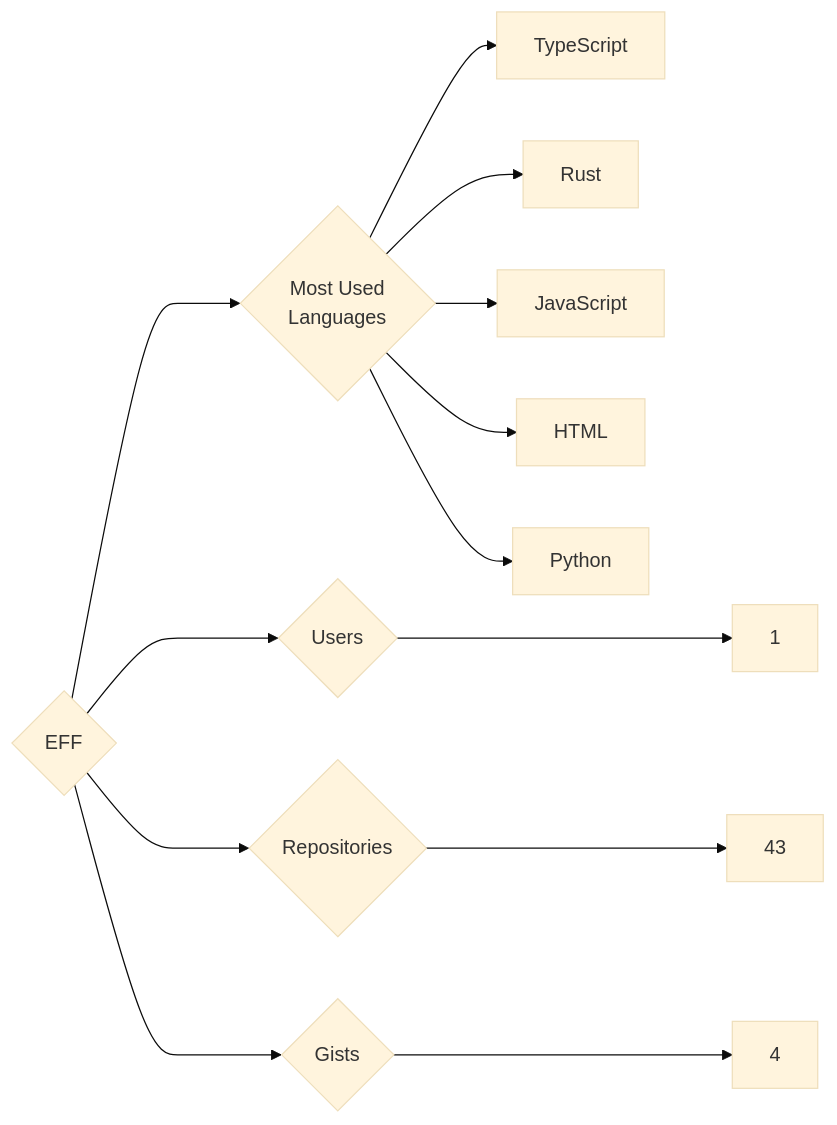
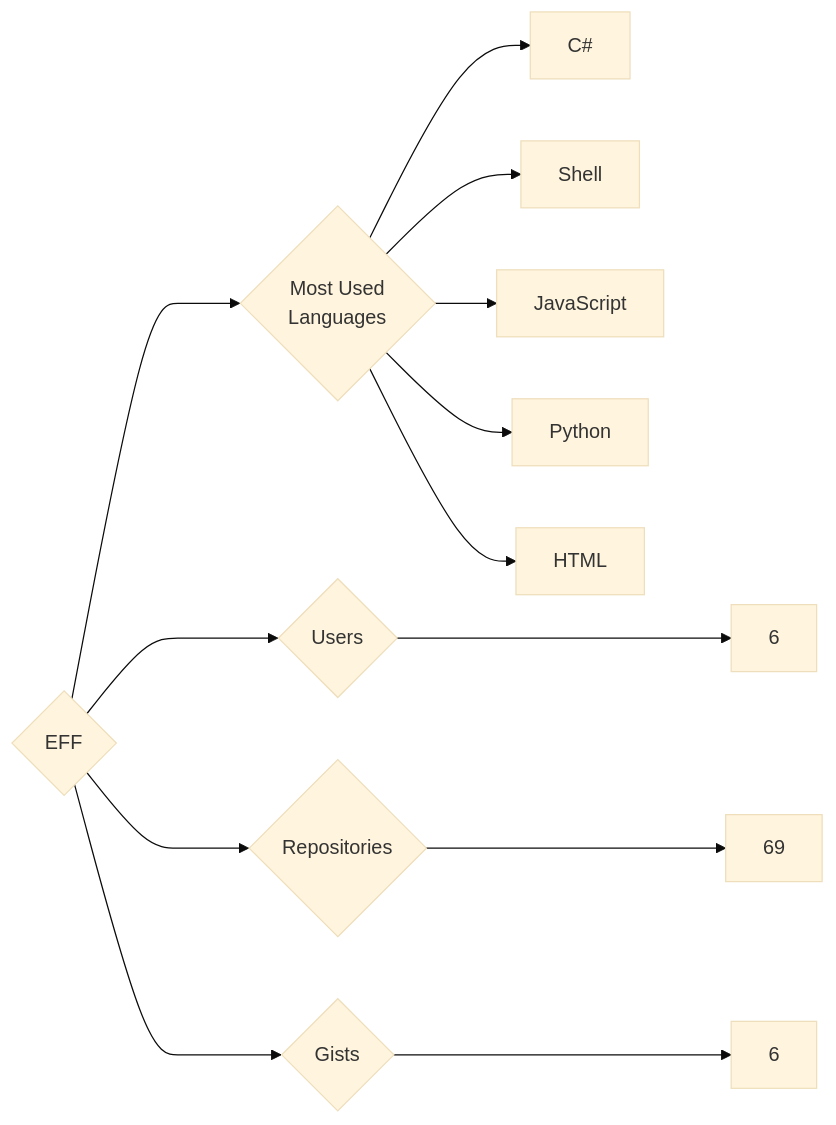
Before and after one commit to trickest/insiders: the diagram in targets/EFF/README.md, drawn with Mermaid (base theme). The commit also changed 826 other files, not shown here.

````diff
--- a/targets/EFF/README.md
+++ b/targets/EFF/README.md
@@ -3,13 +3,13 @@
 ```mermaid
 graph LR
 COMPANY_NAME{EFF}
-COMPANY_NAME ---> U{Users} ---> UN[1]
-COMPANY_NAME ---> R{Repositories} ---> RN[43]
-COMPANY_NAME ---> G{Gists} ---> GN[4]
+COMPANY_NAME ---> U{Users} ---> UN[6]
+COMPANY_NAME ---> R{Repositories} ---> RN[69]
+COMPANY_NAME ---> G{Gists} ---> GN[6]
 COMPANY_NAME ---> ML{Most Used<br>Languages}
-ML --> TypeScript[TypeScript]
-ML --> Rust[Rust]
+ML --> C#[C#]
+ML --> Shell[Shell]
 ML --> JavaScript[JavaScript]
+ML --> Python[Python]
 ML --> HTML[HTML]
-ML --> Python[Python]
 ```
````
